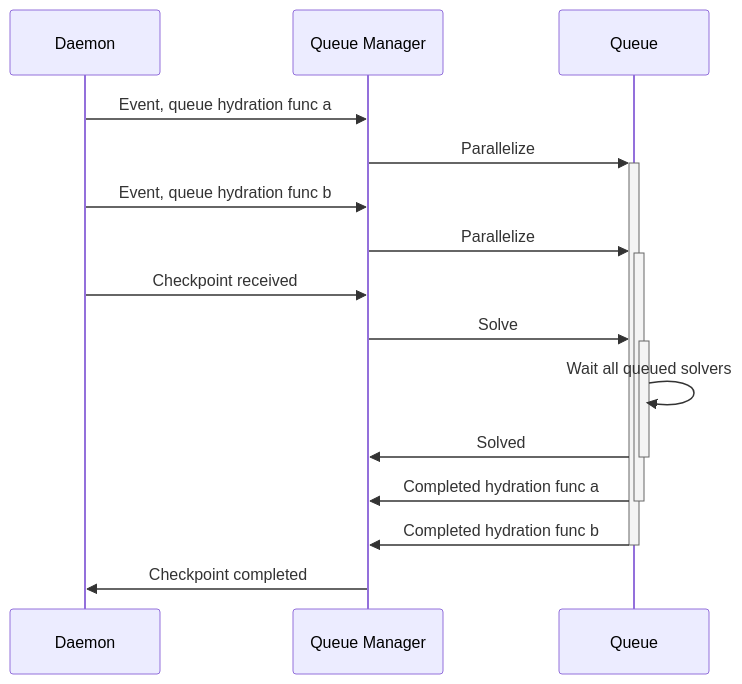
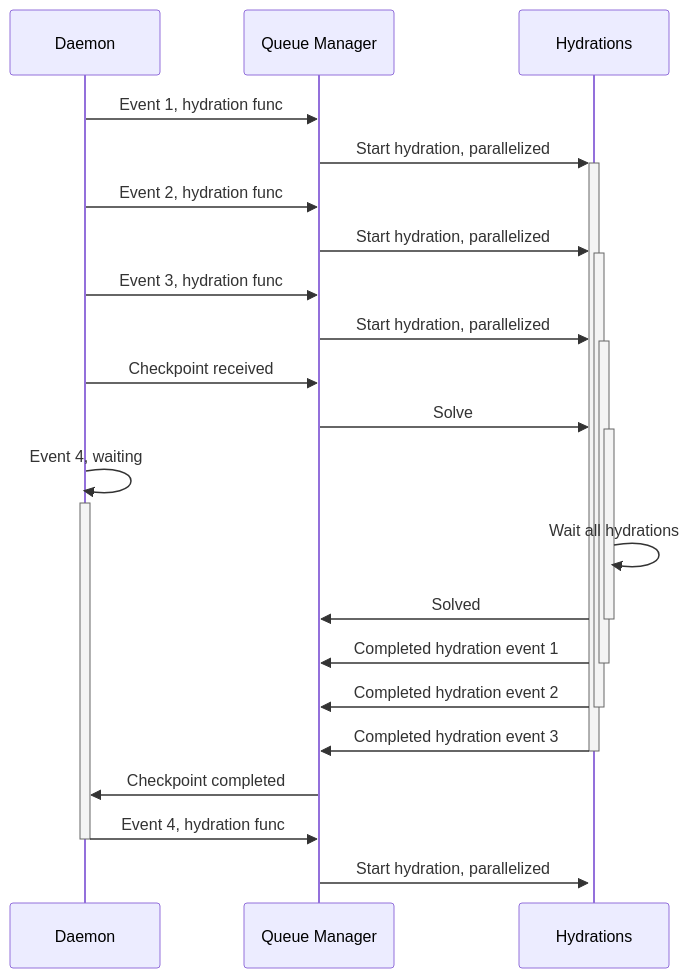
The first of 2 diagrams in docs/release-details/01-the-hive.md (NVX-ai/nvx-consistent-api), drawn with Mermaid before and after one commit. The commit also changed other lines of this file, not shown here.

````diff
--- a/docs/release-details/01-the-hive.md
+++ b/docs/release-details/01-the-hive.md
@@ -7,17 +9,23 @@
 ```mermaid
 sequenceDiagram
   participant Daemon
   participant Queue Manager
-  participant Queue
-  Daemon->>Queue Manager:Event, queue hydration func a
-  Queue Manager->>+Queue:Parallelize
-  Daemon->>Queue Manager:Event, queue hydration func b
-  Queue Manager->>+Queue:Parallelize
+  participant Hydrations
+  Daemon->>Queue Manager:Event 1, hydration func
+  Queue Manager->>+Hydrations:Start hydration, parallelized
+  Daemon->>Queue Manager:Event 2, hydration func
+  Queue Manager->>+Hydrations:Start hydration, parallelized
+  Daemon->>Queue Manager:Event 3, hydration func
+  Queue Manager->>+Hydrations:Start hydration, parallelized
   Daemon->>Queue Manager:Checkpoint received
-  Queue Manager->>+Queue:Solve
-  Queue->>Queue:Wait all queued solvers
-  Queue->>-Queue Manager:Solved
-  Queue->>-Queue Manager:Completed hydration func a
-  Queue->>-Queue Manager:Completed hydration func b
+  Queue Manager->>+Hydrations:Solve
+  Daemon->>+Daemon:Event 4, waiting
+  Hydrations->>Hydrations:Wait all hydrations
+  Hydrations->>-Queue Manager:Solved
+  Hydrations->>-Queue Manager:Completed hydration event 1
+  Hydrations->>-Queue Manager:Completed hydration event 2
+  Hydrations->>-Queue Manager:Completed hydration event 3
   Queue Manager->>Daemon:Checkpoint completed
+  Daemon->>-Queue Manager:Event 4, hydration func
+  Queue Manager->>+Hydrations:Start hydration, parallelized
 ```
````
